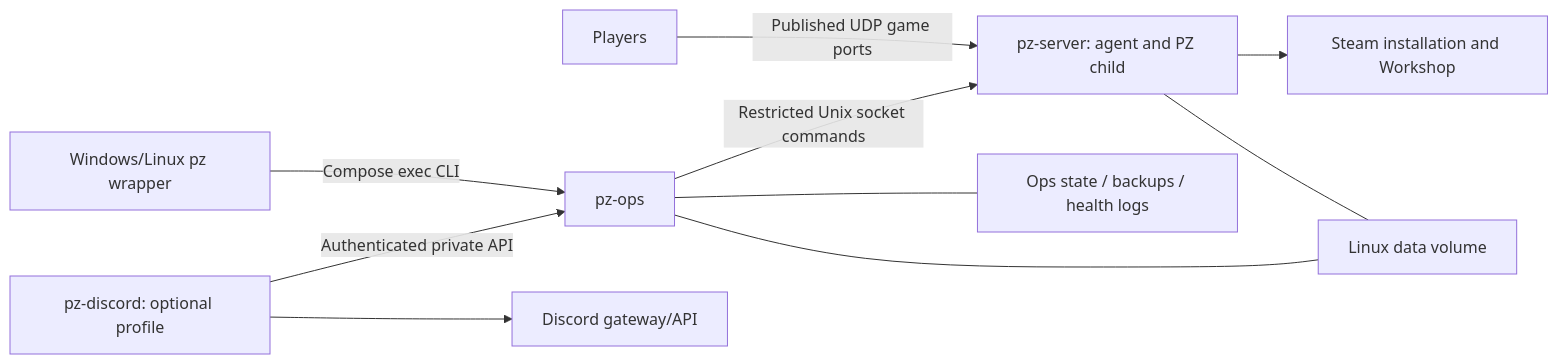
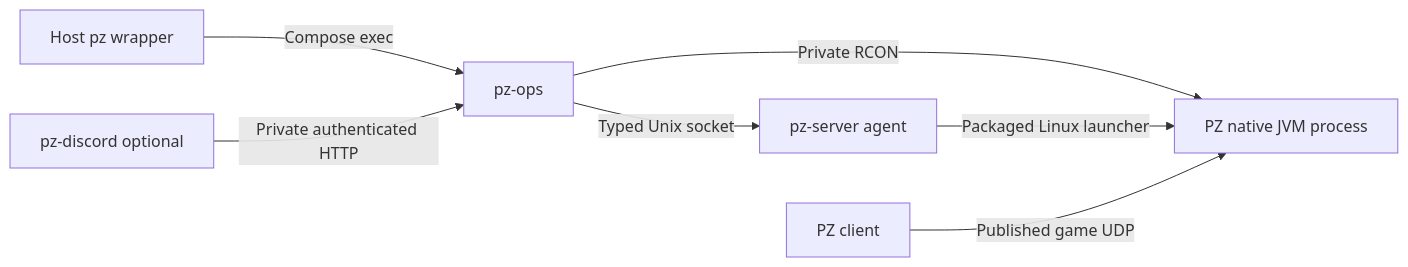
The diagram in docs/ARCHITECTURE.md (hohnbaum/zomboid-docker-server), drawn with Mermaid before and after one commit. The commit also changed other lines of this file and 21 other files, not shown here.

````diff
--- a/docs/ARCHITECTURE.md
+++ b/docs/ARCHITECTURE.md
@@ -9,12 +8,9 @@
-```mermaid
+~~~mermaid
 flowchart LR
-    Players[Players] -->|Published UDP game ports| Server[pz-server: agent and PZ child]
-    CLI[Windows/Linux pz wrapper] -->|Compose exec CLI| Ops[pz-ops]
-    Bot[pz-discord: optional profile] -->|Authenticated private API| Ops
-    Ops -->|Restricted Unix socket commands| Server
-    Server --> Steam[Steam installation and Workshop]
-    Bot --> Discord[Discord gateway/API]
-    Server --- Data[Linux data volume]
-    Ops --- Data
-    Ops --- State[Ops state / backups / health logs]
-```
+  CLI[Host pz wrapper] -->|Compose exec| OPS[pz-ops]
+  BOT[pz-discord optional] -->|Private authenticated HTTP| OPS
+  OPS -->|Typed Unix socket| AGENT[pz-server agent]
+  OPS -->|Private RCON| GAME[PZ native JVM process]
+  AGENT -->|Packaged Linux launcher| GAME
+  CLIENT[PZ client] -->|Published game UDP| GAME
+~~~
````
